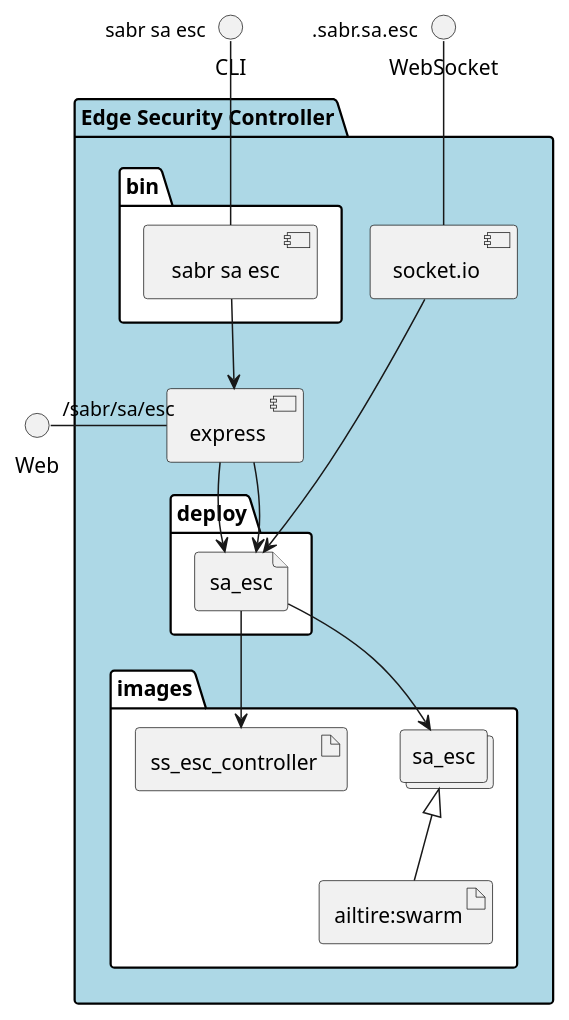
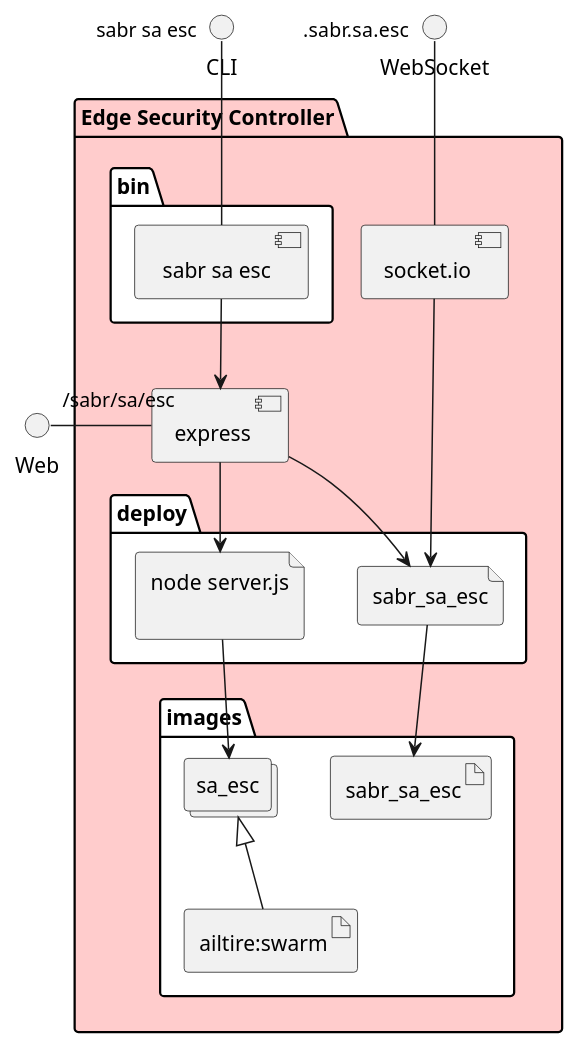
The diagram in docs/sabr/sa/esc/envs/dev/physical.puml (madajaju/sabr), drawn with PlantUML before and after one commit. The commit also changed 572 other files, not shown here.

```diff
--- a/docs/sabr/sa/esc/envs/dev/physical.puml
+++ b/docs/sabr/sa/esc/envs/dev/physical.puml
@@ -1,39 +1,39 @@
 @startuml
   interface CLI
   interface Web
   interface WebSocket
-package "Edge Security Controller" #lightblue {
+package "Edge Security Controller" #ffcccc {
   component express as REST
   component socket.io as socket
   folder bin #ffffff {
     component " sabr sa esc" as binName
   }
   binName --> REST
 
   folder deploy #ffffff {
       file "node server.js\n" as sa_esc_container
       REST --> sa_esc_container
 
   
-    file "sa_esc" as sa_esc_container
-    REST --> sa_esc_container
-    socket ---> sa_esc_container
+    file "sabr_sa_esc" as sabr_sa_esc_container
+    REST --> sabr_sa_esc_container
+    socket ---> sabr_sa_esc_container
   
   }
   folder images #ffffff {
     collections "sa_esc" as sa_escimage
     artifact "ailtire:swarm" as ailtireswarm
     sa_escimage <|-- ailtireswarm
     sa_esc_container --> sa_escimage
 
   
-      artifact "ss_esc_controller" as ss_esc_controller
-      sa_esc_container --> ss_esc_controller
+      artifact "sabr_sa_esc" as sabr_sa_esc
+      sabr_sa_esc_container --> sabr_sa_esc
     
   }
 }
 CLI " sabr sa esc" -- binName
 Web "/sabr/sa/esc" - REST
 WebSocket ".sabr.sa.esc" -- socket
 
 @enduml
```
